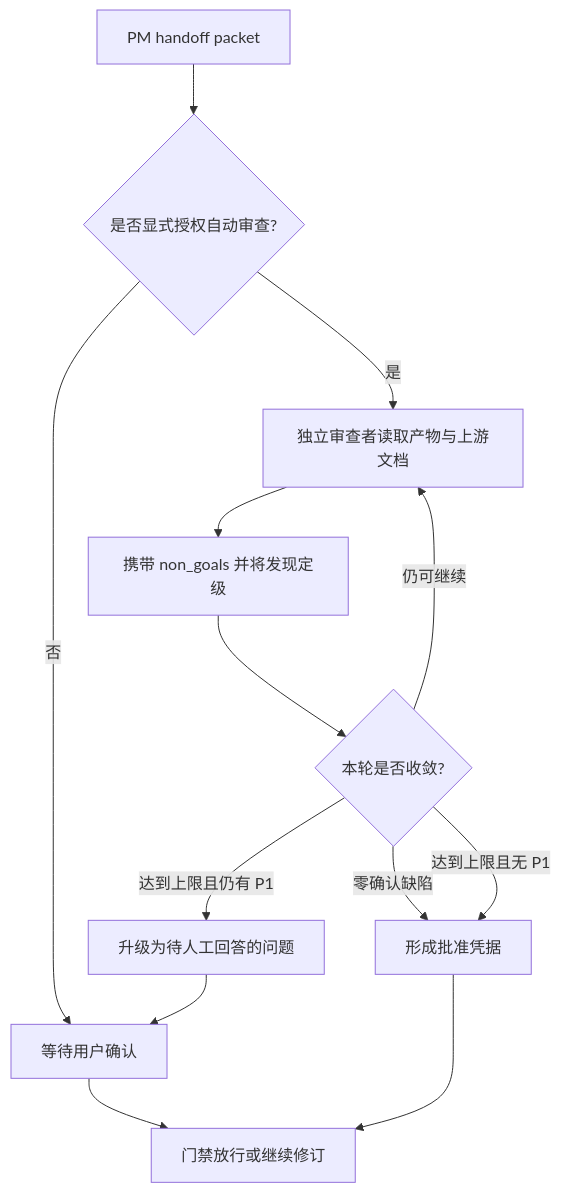
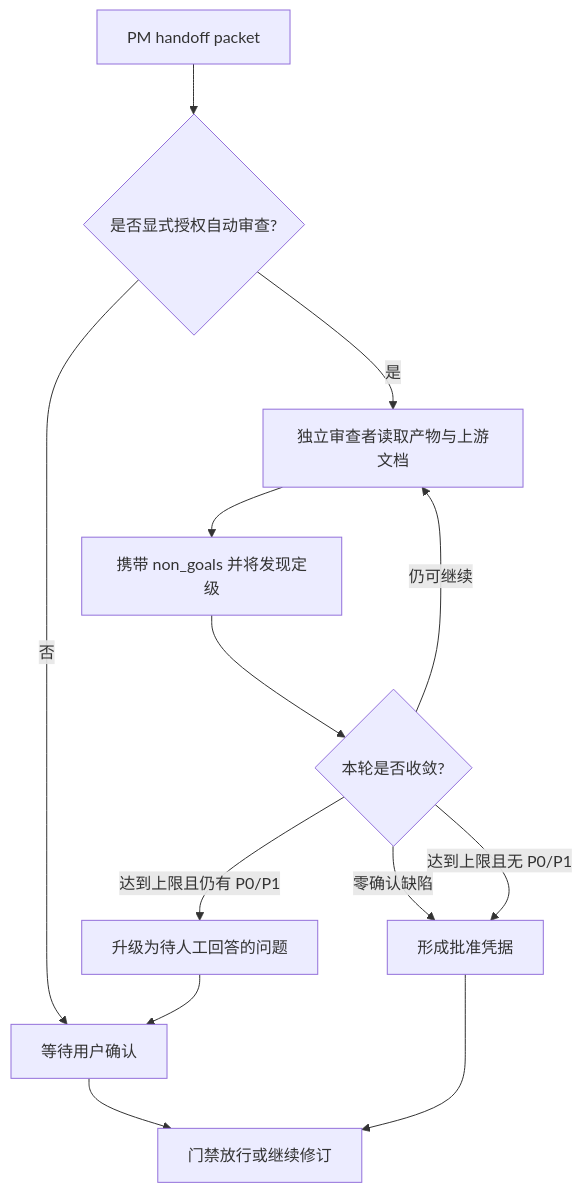
One commit to Neplich/dev-agent-skills changed the diagram in docs/pm/agents/engineer-agent/skills/feature-implementor/gate-approver-authorization/PRD.md. Above: the diagram before and after it, drawn with Mermaid. The commit also changed other lines of this file and 10 other files, not shown here.

````diff
--- a/docs/pm/agents/engineer-agent/skills/feature-implementor/gate-approver-authorization/PRD.md
+++ b/docs/pm/agents/engineer-agent/skills/feature-implementor/gate-approver-authorization/PRD.md
@@ -68,15 +68,15 @@
 ```mermaid
 flowchart TD
     A["PM handoff packet"] --> B{"是否显式授权自动审查?"}
     B -->|否| C["等待用户确认"]
     B -->|是| D["独立审查者读取产物与上游文档"]
     D --> E["携带 non_goals 并将发现定级"]
     E --> F{"本轮是否收敛?"}
     F -->|零确认缺陷| G["形成批准凭据"]
-    F -->|达到上限且无 P1| G
+    F -->|达到上限且无 P0/P1| G
     F -->|仍可继续| D
-    F -->|达到上限且仍有 P1| H["升级为待人工回答的问题"]
+    F -->|达到上限且仍有 P0/P1| H["升级为待人工回答的问题"]
     C --> I["门禁放行或继续修订"]
     G --> I
     H --> C
 ```
````
